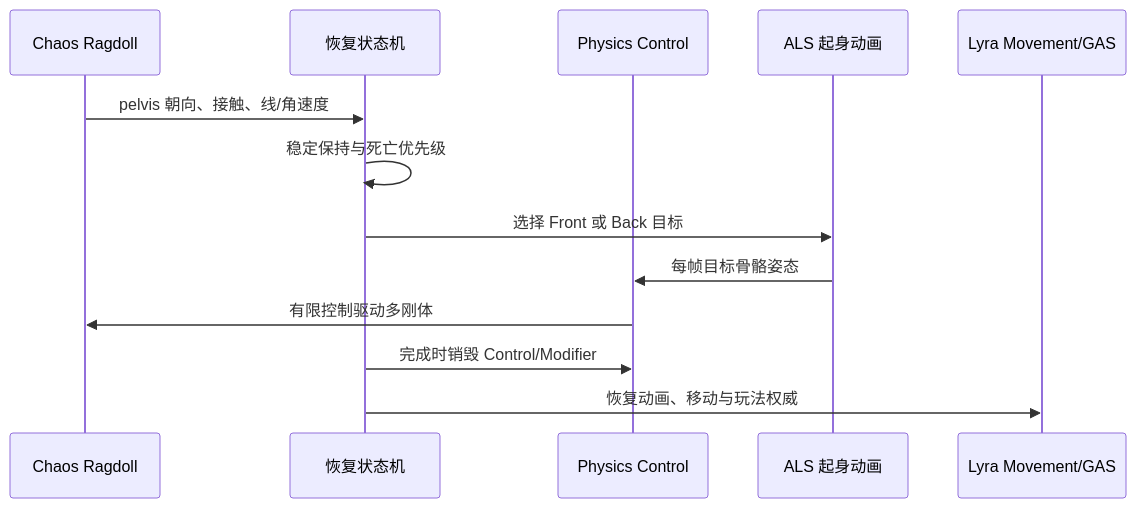
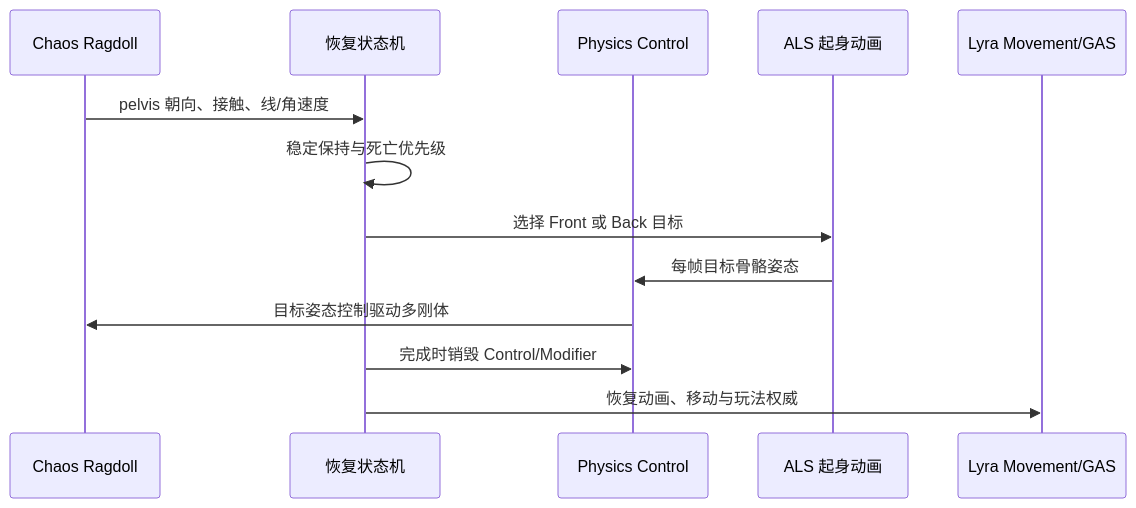
The third of 4 diagrams in Docs/Cases/Case05_物理驱动角色.md (Ubik42/ue5-siggraph-physics-lab), drawn with Mermaid before and after one commit. The commit also changed other lines of this file and 15 other files, not shown here.

````diff
--- a/Docs/Cases/Case05_物理驱动角色.md
+++ b/Docs/Cases/Case05_物理驱动角色.md
@@ -158,15 +160,15 @@
 ```mermaid
 sequenceDiagram
     participant C as Chaos Ragdoll
     participant S as 恢复状态机
     participant P as Physics Control
     participant A as ALS 起身动画
     participant L as Lyra Movement/GAS
     C->>S: pelvis 朝向、接触、线/角速度
     S->>S: 稳定保持与死亡优先级
     S->>A: 选择 Front 或 Back 目标
     A->>P: 每帧目标骨骼姿态
-    P->>C: 有限控制驱动多刚体
+    P->>C: 目标姿态控制驱动多刚体
     S->>P: 完成时销毁 Control/Modifier
     S->>L: 恢复动画、移动与玩法权威
 ```
````
